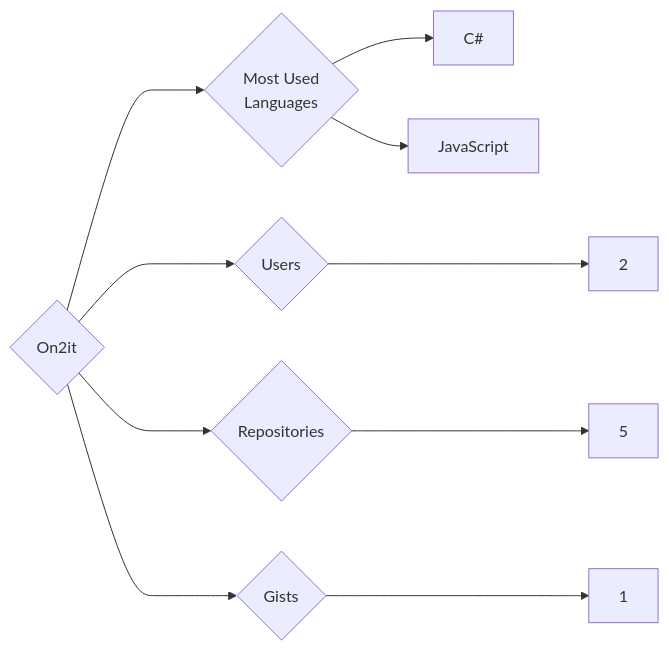
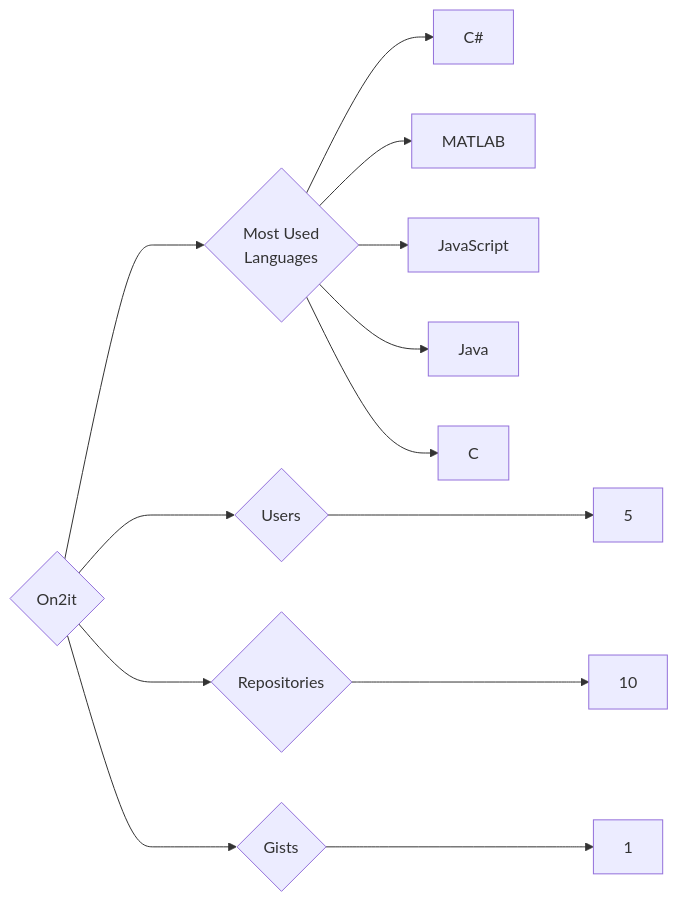
The diagram in targets/On2it/README.md (trickest/insiders), drawn with Mermaid before and after one commit. The commit also changed 534 other files, not shown here.

````diff
--- a/targets/On2it/README.md
+++ b/targets/On2it/README.md
@@ -3,10 +3,13 @@
 ```mermaid
 graph LR
 COMPANY_NAME{On2it}
-COMPANY_NAME ---> U{Users} ---> UN[2]
-COMPANY_NAME ---> R{Repositories} ---> RN[5]
+COMPANY_NAME ---> U{Users} ---> UN[5]
+COMPANY_NAME ---> R{Repositories} ---> RN[10]
 COMPANY_NAME ---> G{Gists} ---> GN[1]
 COMPANY_NAME ---> ML{Most Used<br>Languages}
 ML --> C#[C#]
+ML --> MATLAB[MATLAB]
 ML --> JavaScript[JavaScript]
+ML --> Java[Java]
+ML --> C[C]
 ```
````
